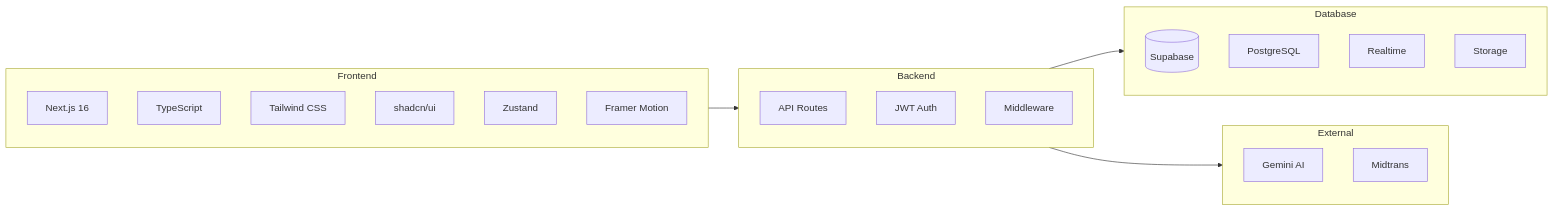
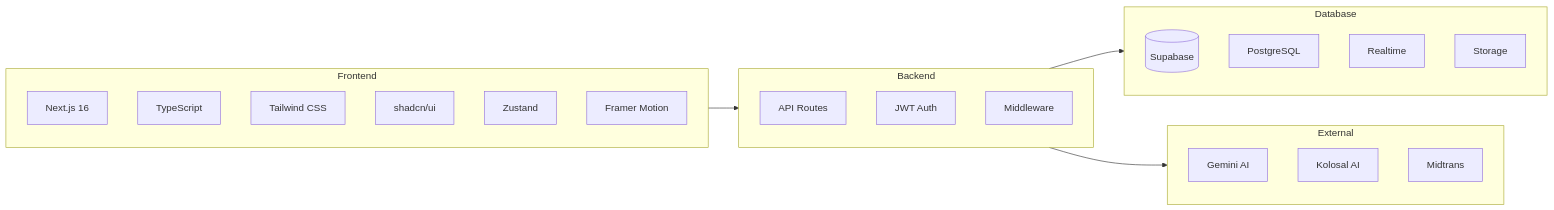
The seventh of 7 diagrams in README.md (mocharil/savora), drawn with Mermaid before and after one commit. The commit also changed other lines of this file, not shown here.

First line of the commit message:
docs: Add Kolosal AI and fix project structure in README

````diff
--- a/README.md
+++ b/README.md
@@ -292,33 +297,34 @@
 ```mermaid
 flowchart LR
     subgraph Frontend
         NEXT[Next.js 16]
         TS[TypeScript]
         TW[Tailwind CSS]
         SHAD[shadcn/ui]
         ZUS[Zustand]
         FM[Framer Motion]
     end
 
     subgraph Backend
         API[API Routes]
         JWT[JWT Auth]
         MW[Middleware]
     end
 
     subgraph Database
         SB[(Supabase)]
         PG[PostgreSQL]
         RT[Realtime]
         ST[Storage]
     end
 
     subgraph External
         GEM[Gemini AI]
+        KOL[Kolosal AI]
         MT[Midtrans]
     end
 
     Frontend --> Backend
     Backend --> Database
     Backend --> External
 ```
````
